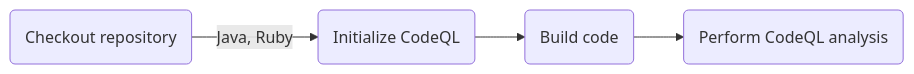
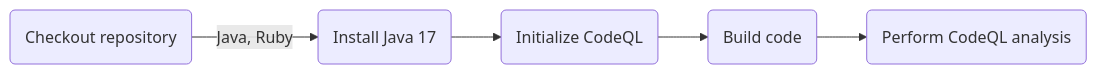
Before and after one commit to Abhiek187/ez-recipes-android: the third of 4 diagrams in README.md, drawn with Mermaid. The commit also changed other lines of this file, not shown here.

Commit message:
Update diagrams to install Java 17

````diff
--- a/README.md
+++ b/README.md
@@ -76,7 +76,8 @@
 ```mermaid
 flowchart LR
 
-A(Checkout repository) -->|Java, Ruby| B(Initialize CodeQL)
-B --> C(Build code)
-C --> D(Perform CodeQL analysis)
+A(Checkout repository) -->|Java, Ruby| B(Install Java 17)
+B --> C(Initialize CodeQL)
+C --> D(Build code)
+D --> E(Perform CodeQL analysis)
 ```
````
